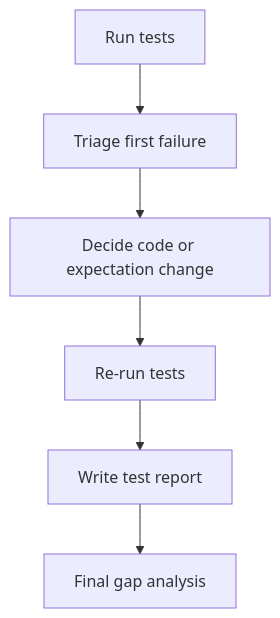
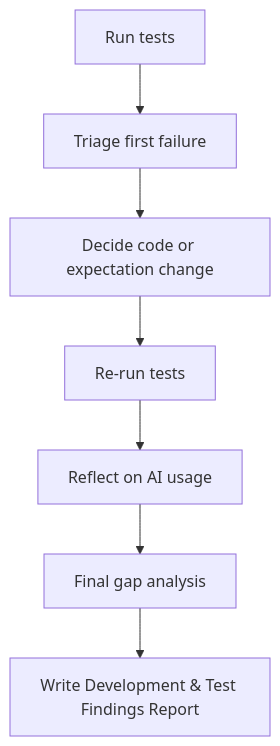
Before and after one commit to bazmbk/qe_work_experience: the diagram in phase4.md, drawn with Mermaid. The commit also changed other lines of this file and 8 other files, not shown here.

Commit message:
Align exercise phases, timelines, and reporting guidance

````diff
--- a/phase4.md
+++ b/phase4.md
@@ -97,8 +118,9 @@
 ```mermaid
 flowchart TD
   A[Run tests] --> B[Triage first failure]
   B --> C[Decide code or expectation change]
   C --> D[Re-run tests]
-  D --> E[Write test report]
-  E --> F[Final gap analysis]
+   D --> E[Reflect on AI usage]
+   E --> F[Final gap analysis]
+   F --> G[Write Development & Test Findings Report]
 ```
````
